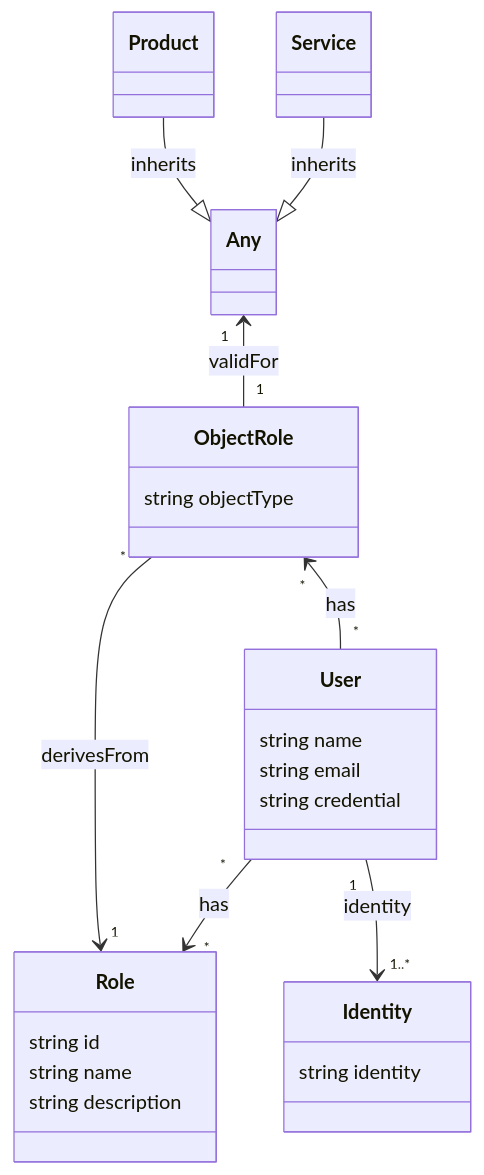
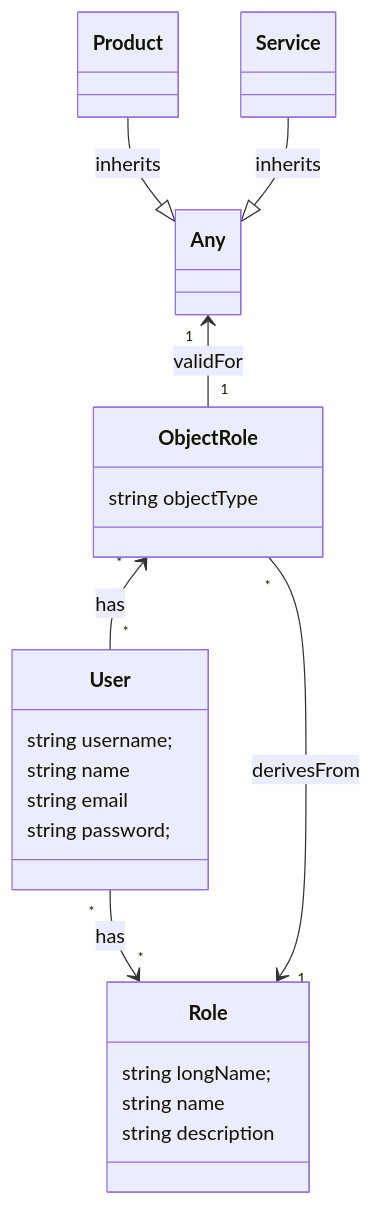
One commit to dnulnets/jjanus changed the diagram in documentation/models/users.md. Above: the diagram before and after it, drawn with Mermaid. The commit also changed 2 other files, not shown here.

Commit message:
Updated documentation, issue #1

````diff
--- a/documentation/models/users.md
+++ b/documentation/models/users.md
@@ -1,26 +1,23 @@
 ```mermaid
 classDiagram
     class User {
+        string username;
         string name
         string email
-        string credential
-    }
-    class Identity {
-        string identity
+        string password;
     }
     class ObjectRole {
         string objectType
     }   
     class Role {
-        string id
+        string longName;
         string name
         string description
     }
     User "*" --> "*" Role : has
-    User "1" --> "1..*" Identity : identity
     ObjectRole "*" --> "1" Role : derivesFrom
     ObjectRole "*" <-- "*" User : has
     Any "1" <-- "1" ObjectRole : validFor
     Product --|> Any : inherits
     Service --|> Any : inherits
 ```
````
